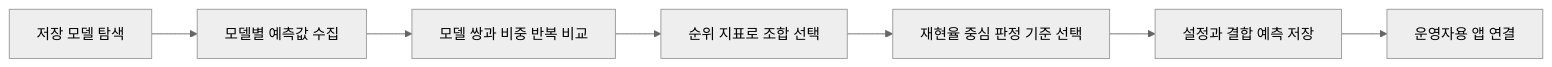
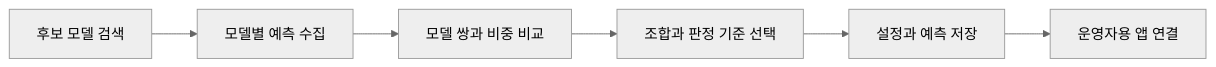
Before and after one commit to SKNETWORKS-FAMILY-AICAMP/SKN37-2ST-4TEAM: the first of 2 diagrams in README.md, drawn with Mermaid (neutral theme). The commit also changed other lines of this file, not shown here.

````diff
--- a/README.md
+++ b/README.md
@@ -262,9 +298,8 @@
 ```mermaid
 flowchart LR
-    A[저장 모델 탐색] --> B[모델별 예측값 수집]
-    B --> C[모델 쌍과 비중 반복 비교]
-    C --> D[순위 지표로 조합 선택]
-    D --> E[재현율 중심 판정 기준 선택]
-    E --> F[설정과 결합 예측 저장]
-    F --> G[운영자용 앱 연결]
+    A[후보 모델 검색] --> B[모델별 예측 수집]
+    B --> C[모델 쌍과 비중 비교]
+    C --> D[조합과 판정 기준 선택]
+    D --> E[설정과 예측 저장]
+    E --> F[운영자용 앱 연결]
 ```
````
